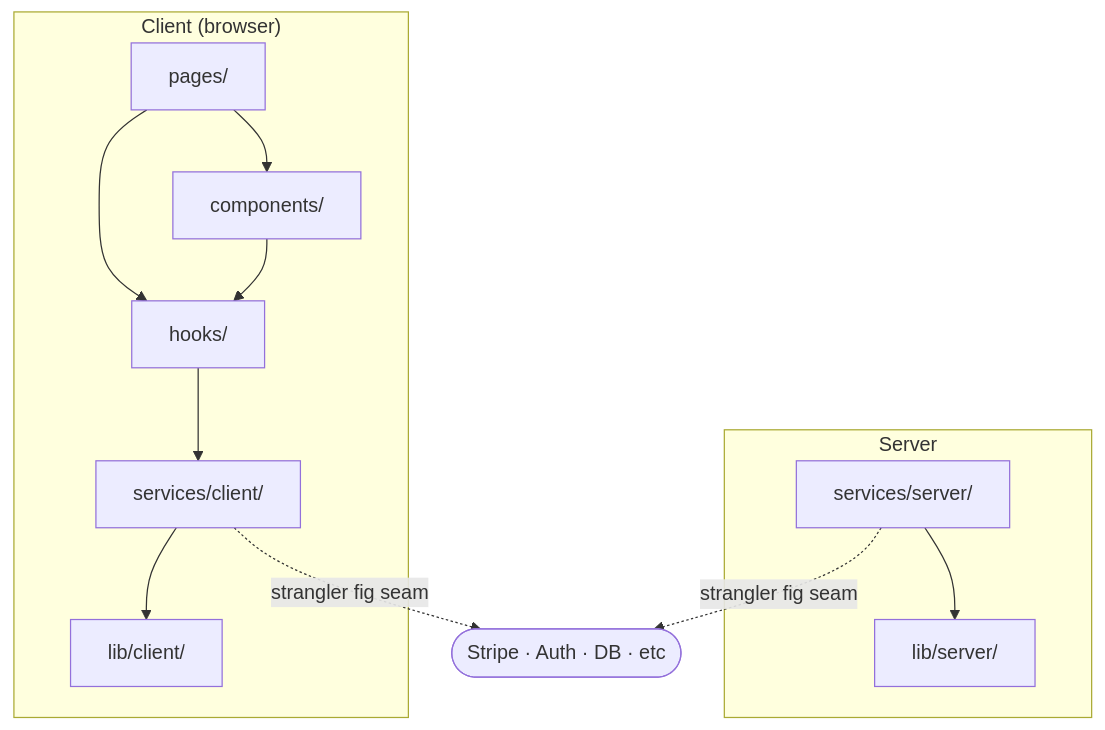
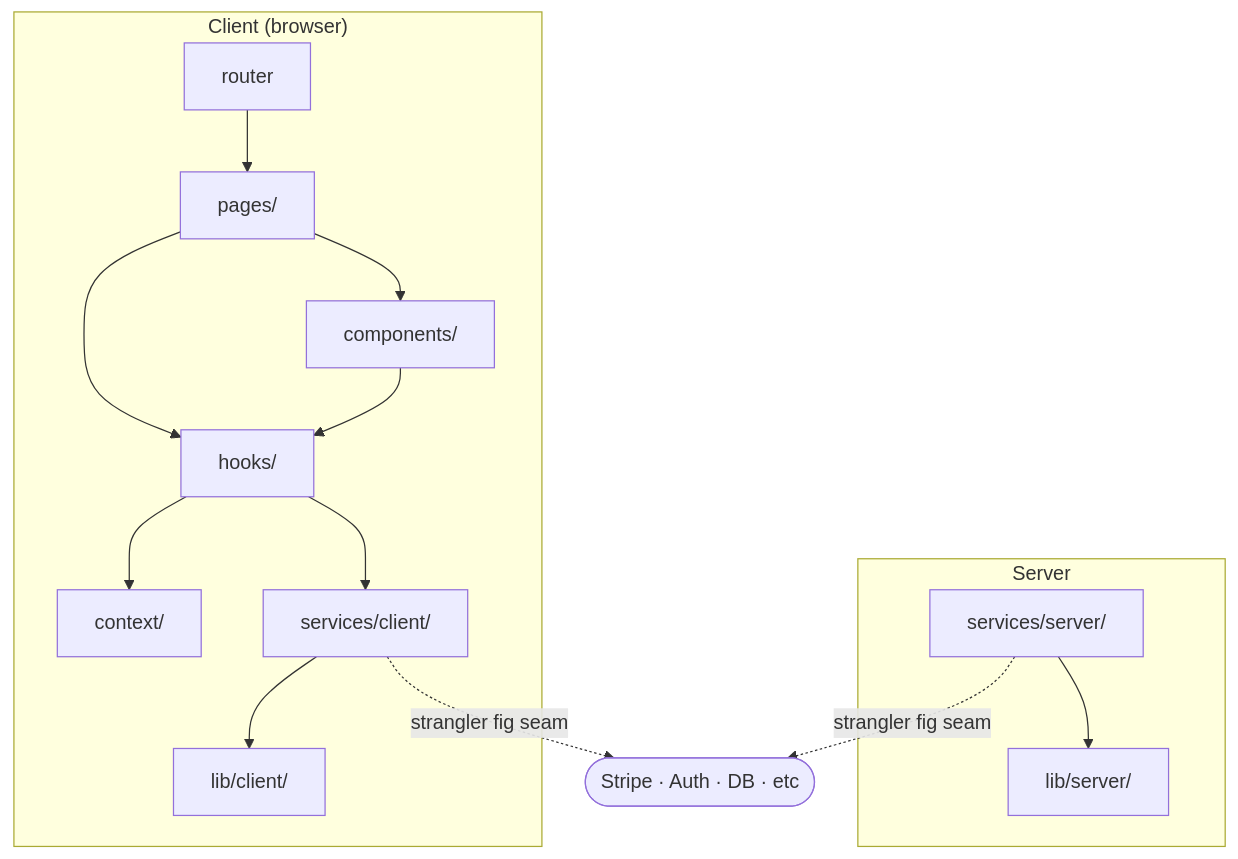
One commit to jchan922/starter-template changed the diagram in docs/architecture.md. Above: the diagram before and after it, drawn with Mermaid. The commit also changed other lines of this file and 18 other files, not shown here.

````diff
--- a/docs/architecture.md
+++ b/docs/architecture.md
@@ -9,15 +9,17 @@
 ```mermaid
 flowchart TD
     subgraph client["Client (browser)"]
-        P[pages/] --> C[components/]
+        R[router] --> P[pages/]
+        P --> C[components/]
         P --> H[hooks/]
         C --> H
+        H --> CTX[context/]
         H --> SC[services/client/]
         SC --> LC[lib/client/]
     end
     subgraph server["Server"]
         SS[services/server/] --> LS[lib/server/]
     end
     SC -. strangler fig seam .-> EXT([Stripe · Auth · DB · etc])
     SS -. strangler fig seam .-> EXT
 ```
````
